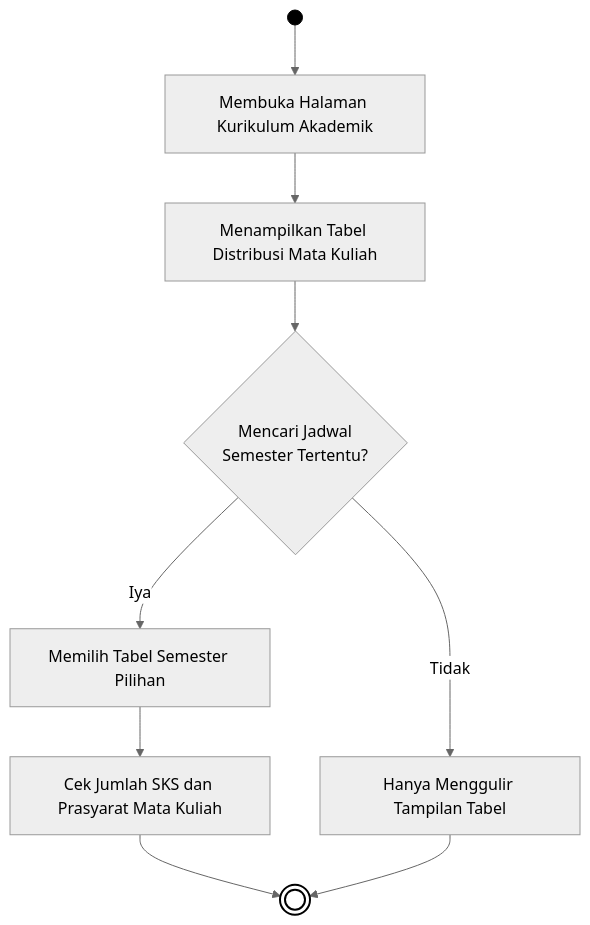
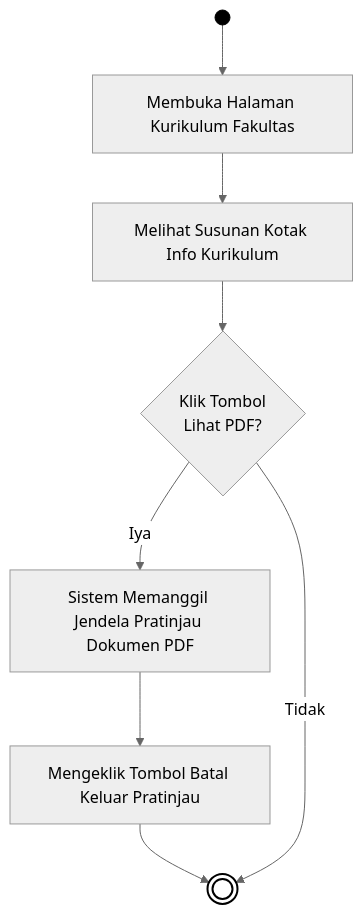
Before and after one commit to arbain-dev/Web_fikom: diagram 11 of 12 in docs/01B_DIAGRAM_AKTIVITAS_PUBLIK.md, drawn with Mermaid (neutral theme). The commit also changed other lines of this file, not shown here.

Commit message:
docs: menyelaraskan diagram aktivitas publik ke 7-12 secara ekstrem dengan logika codingan realtime

````diff
--- a/docs/01B_DIAGRAM_AKTIVITAS_PUBLIK.md
+++ b/docs/01B_DIAGRAM_AKTIVITAS_PUBLIK.md
@@ -311,17 +332,16 @@
 ```mermaid
 flowchart TD
-    Start(( )) --> A[Membuka Halaman Kurikulum Akademik]
+    Start(( )) --> A[Membuka Halaman Kurikulum Fakultas]
     
-    A --> B[Menampilkan Tabel Distribusi Mata Kuliah]
-    B --> C{Mencari Jadwal\nSemester Tertentu?}
+    A --> B[Melihat Susunan Kotak Info Kurikulum]
+    B --> C{Klik Tombol\nLihat PDF?}
     
-    C -- Iya --> D[Memilih Tabel Semester Pilihan]
-    D --> E[Cek Jumlah SKS dan Prasyarat Mata Kuliah]
+    C -- Iya --> D[Sistem Memanggil Jendela Pratinjau Dokumen PDF]
+    D --> E[Mengeklik Tombol Batal Keluar Pratinjau]
     E --> End((( )))
     
-    C -- Tidak --> F[Hanya Menggulir Tampilan Tabel]
-    F --> End
+    C -- Tidak --> End
     
     style Start fill:#000,stroke:#000,color:#000
     style End fill:#fff,stroke:#000,stroke-width:2px
 ```
````
